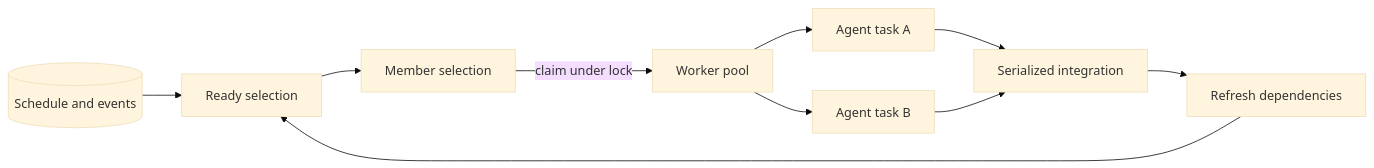
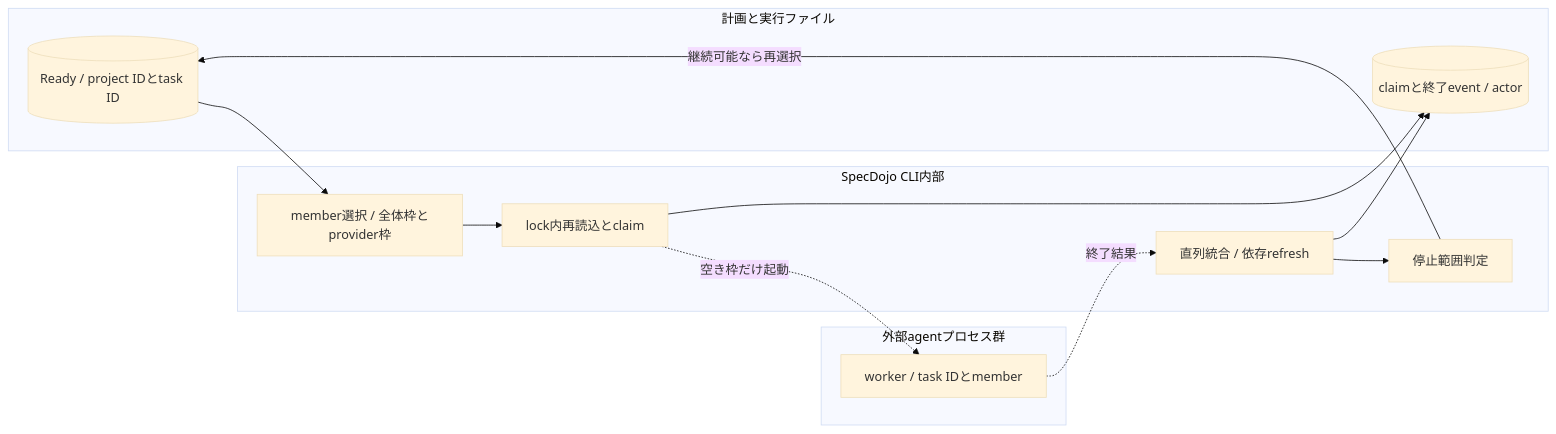
The fourth of 5 diagrams in docs/ja/product/040-system-design/sysd-critical-flows.md (specdojo/specdojo), drawn with Mermaid (base theme) before and after one commit. The commit also changed other lines of this file and 12 other files, not shown here.

Commit message:
exec(T-KATA-WAVE-1-sysd-critical-flows-005): apply task changes

````diff
--- a/docs/ja/product/040-system-design/sysd-critical-flows.md
+++ b/docs/ja/product/040-system-design/sysd-critical-flows.md
@@ -108,12 +146,24 @@
 ```mermaid
 flowchart LR
-  S[(Schedule and events)] --> R[Ready selection]
-  R --> M[Member selection]
-  M -->|claim under lock| P[Worker pool]
-  P --> A1[Agent task A]
-  P --> A2[Agent task B]
-  A1 --> I[Serialized integration]
-  A2 --> I
-  I --> F[Refresh dependencies]
-  F --> R
+  subgraph G[計画と実行ファイル]
+    R[(Ready / project IDとtask ID)]
+    E[(claimと終了event / actor)]
+  end
+  subgraph C[SpecDojo CLI内部]
+    S[member選択 / 全体枠とprovider枠]
+    L[lock内再読込とclaim]
+    I[直列統合 / 依存refresh]
+    Q[停止範囲判定]
+  end
+  subgraph X[外部agentプロセス群]
+    A[worker / task IDとmember]
+  end
+  R --> S
+  S --> L
+  L --> E
+  L -.->|空き枠だけ起動| A
+  A -.->|終了結果| I
+  I --> E
+  I --> Q
+  Q -->|継続可能なら再選択| R
 ```
````
